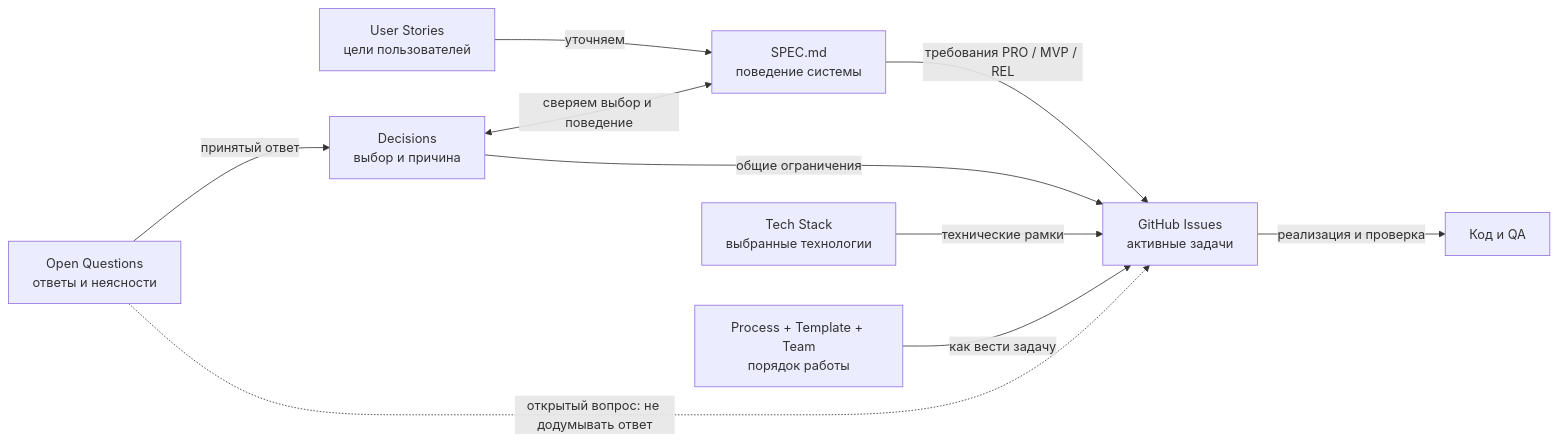
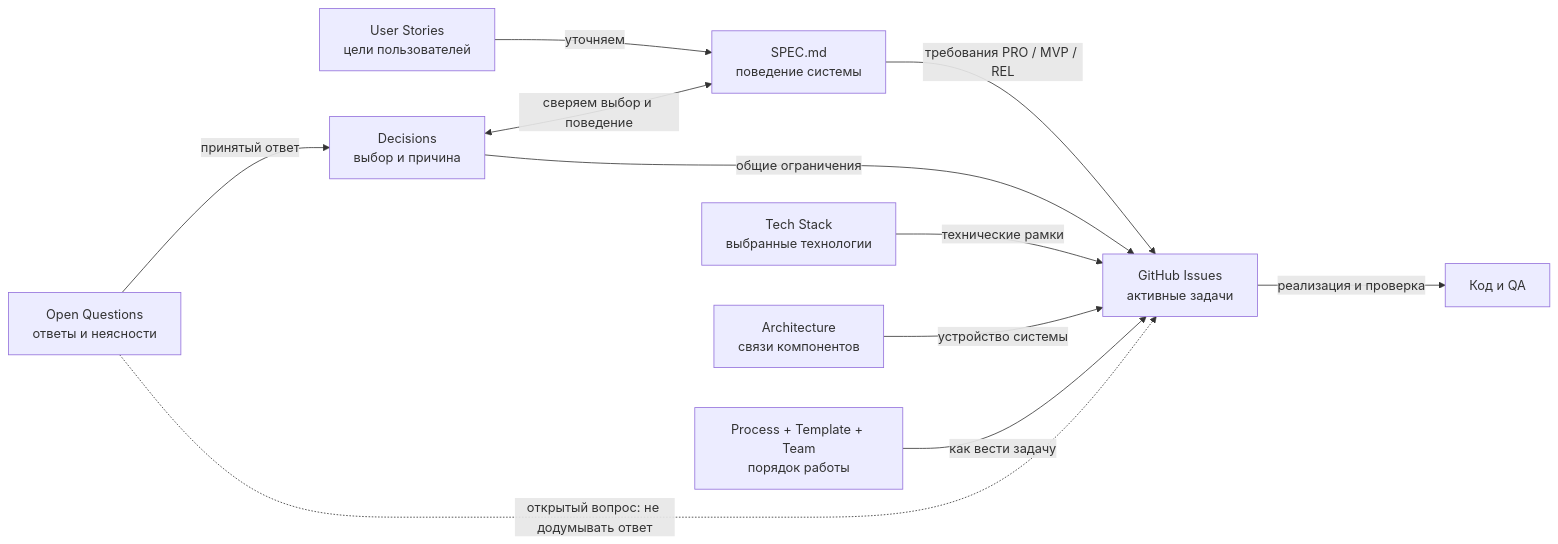
The diagram in _docs/README.md (tryproxy/tg-super-backend), drawn with Mermaid before and after one commit. The commit also changed other lines of this file and 12 other files, not shown here.

Commit message:
docs: align process, architecture, and task references

````diff
--- a/_docs/README.md
+++ b/_docs/README.md
@@ -7,12 +7,13 @@
 ```mermaid
 flowchart LR
     US["User Stories<br/>цели пользователей"] -->|уточняем| SPEC["SPEC.md<br/>поведение системы"]
     OQ["Open Questions<br/>ответы и неясности"] -->|принятый ответ| DEC["Decisions<br/>выбор и причина"]
     DEC <-->|сверяем выбор и поведение| SPEC
     SPEC -->|требования PRO / MVP / REL| ISS["GitHub Issues<br/>активные задачи"]
     DEC -->|общие ограничения| ISS
     STACK["Tech Stack<br/>выбранные технологии"] -->|технические рамки| ISS
+    ARCH["Architecture<br/>связи компонентов"] -->|устройство системы| ISS
     PROCESS["Process + Template + Team<br/>порядок работы"] -->|как вести задачу| ISS
     OQ -.->|открытый вопрос: не додумывать ответ| ISS
     ISS -->|реализация и проверка| CODE["Код и QA"]
 ```
````
